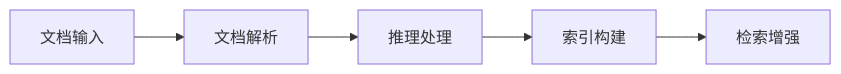
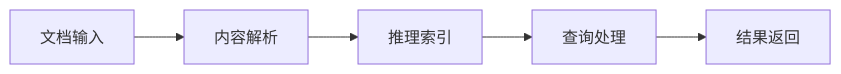
One commit to wayyoungboy/github-trending-reporter changed the second of 8 diagrams in reports/2026/01/2026-01-25.md. Above: the diagram before and after it, drawn with Mermaid. The commit also changed other lines of this file and 1 other file, not shown here.

````diff
--- a/reports/2026/01/2026-01-25.md
+++ b/reports/2026/01/2026-01-25.md
@@ -105,7 +108,7 @@
 ```mermaid
 graph LR
-    A[文档输入] --> B[文档解析]
-    B --> C[推理处理]
-    C --> D[索引构建]
-    D --> E[检索增强]
+    A[文档输入] --> B[内容解析]
+    B --> C[推理索引]
+    C --> D[查询处理]
+    D --> E[结果返回]
 ```
````
